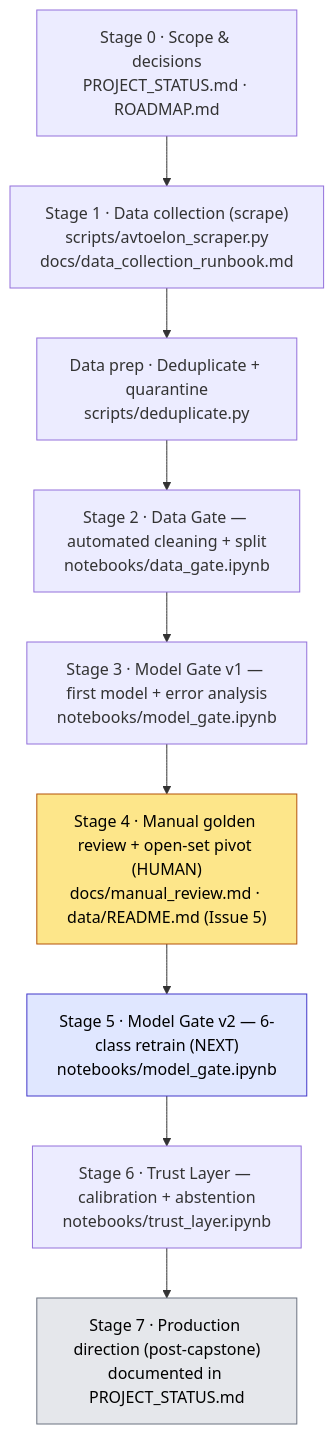
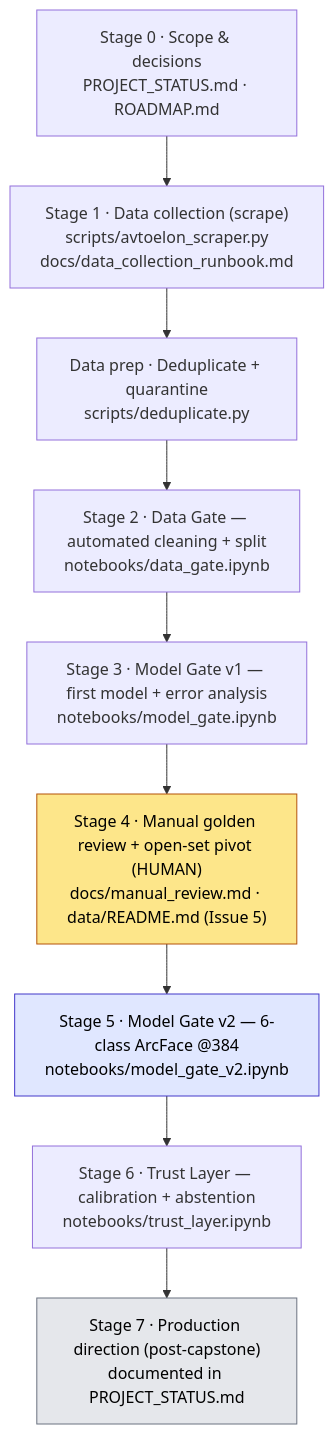
One commit to vrs17/AI-ML-Capstone-project changed the diagram in ROADMAP.md. Above: the diagram before and after it, drawn with Mermaid. The commit also changed other lines of this file and 7 other files, not shown here.

````diff
--- a/ROADMAP.md
+++ b/ROADMAP.md
@@ -19,16 +19,16 @@
 ```mermaid
 flowchart TD
     A["Stage 0 · Scope & decisions<br/>PROJECT_STATUS.md · ROADMAP.md"] --> B
     B["Stage 1 · Data collection (scrape)<br/>scripts/avtoelon_scraper.py<br/>docs/data_collection_runbook.md"] --> B2
     B2["Data prep · Deduplicate + quarantine<br/>scripts/deduplicate.py"] --> C
     C["Stage 2 · Data Gate — automated cleaning + split<br/>notebooks/data_gate.ipynb"] --> D
     D["Stage 3 · Model Gate v1 — first model + error analysis<br/>notebooks/model_gate.ipynb"] --> E
     E["Stage 4 · Manual golden review + open-set pivot (HUMAN)<br/>docs/manual_review.md · data/README.md (Issue 5)"] --> F
-    F["Stage 5 · Model Gate v2 — 6-class retrain (NEXT)<br/>notebooks/model_gate.ipynb"] --> G
+    F["Stage 5 · Model Gate v2 — 6-class ArcFace @384<br/>notebooks/model_gate_v2.ipynb"] --> G
     G["Stage 6 · Trust Layer — calibration + abstention<br/>notebooks/trust_layer.ipynb"] --> H
     H["Stage 7 · Production direction (post-capstone)<br/>documented in PROJECT_STATUS.md"]
 
     style E fill:#fde68a,stroke:#b45309,color:#000
     style F fill:#e0e7ff,stroke:#4338ca,color:#000
     style H fill:#e5e7eb,stroke:#6b7280,color:#000
 ```
````
